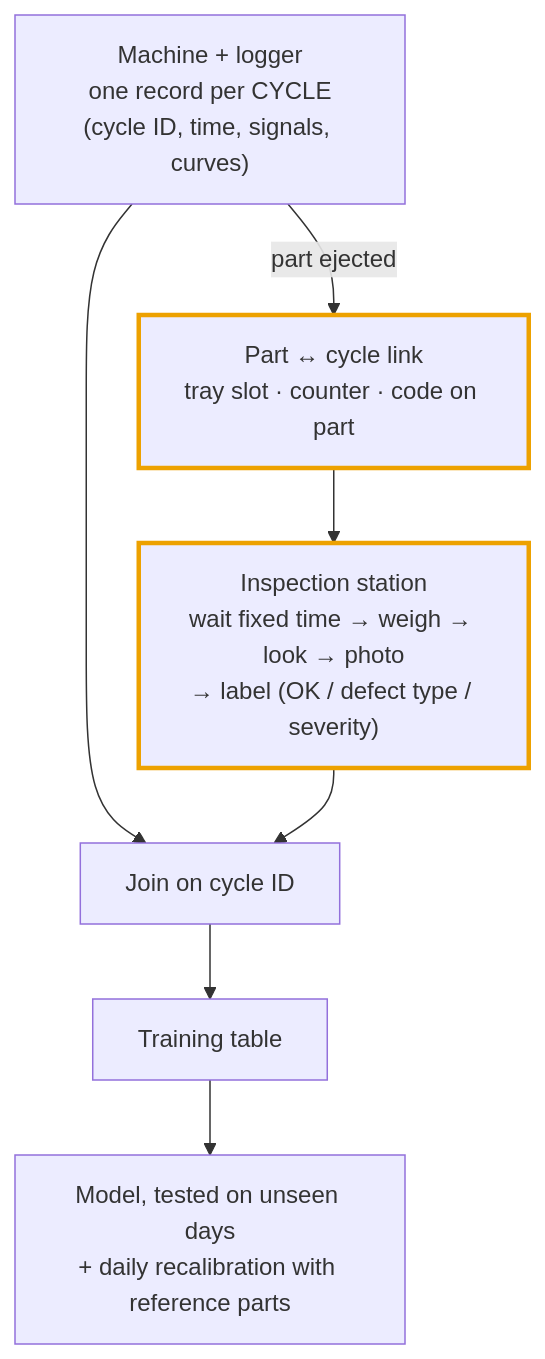
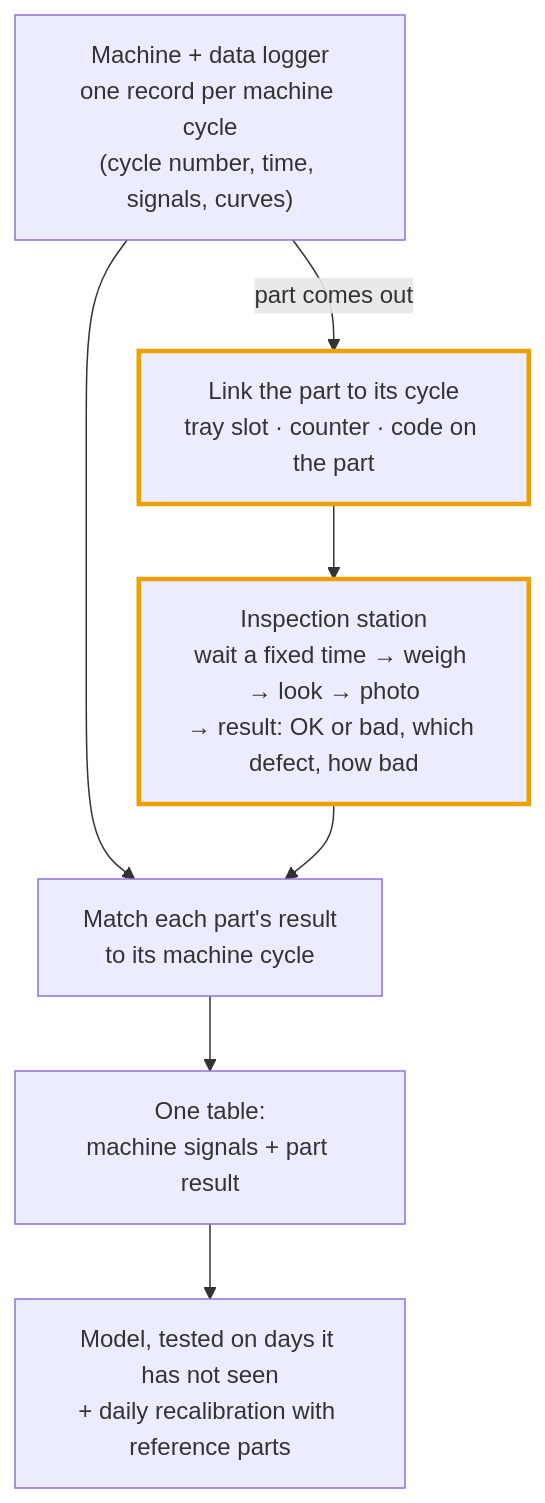
The second of 2 diagrams in README.md (ikeremsen/injection-molding-quality-ai), drawn with Mermaid before and after one commit. The commit also changed other lines of this file, not shown here.

````diff
--- a/README.md
+++ b/README.md
@@ -162,11 +231,11 @@
 ```mermaid
 flowchart TB
-    M["Machine + logger<br/>one record per CYCLE<br/>(cycle ID, time, signals, curves)"] --> J
-    M -->|part ejected| L["Part ↔ cycle link<br/>tray slot · counter · code on part"]
-    L --> I["Inspection station<br/>wait fixed time → weigh → look → photo<br/>→ label (OK / defect type / severity)"]
-    I --> J["Join on cycle ID"]
-    J --> T["Training table"]
-    T --> V["Model, tested on unseen days<br/>+ daily recalibration with reference parts"]
+    M["Machine + data logger<br/>one record per machine cycle<br/>(cycle number, time, signals, curves)"] --> J
+    M -->|part comes out| L["Link the part to its cycle<br/>tray slot · counter · code on the part"]
+    L --> I["Inspection station<br/>wait a fixed time → weigh → look → photo<br/>→ result: OK or bad, which defect, how bad"]
+    I --> J["Match each part's result<br/>to its machine cycle"]
+    J --> T["One table:<br/>machine signals + part result"]
+    T --> V["Model, tested on days it has not seen<br/>+ daily recalibration with reference parts"]
     style L stroke:#eda100,stroke-width:3px
     style I stroke:#eda100,stroke-width:3px
 ```
````
